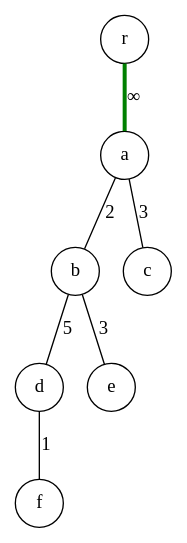
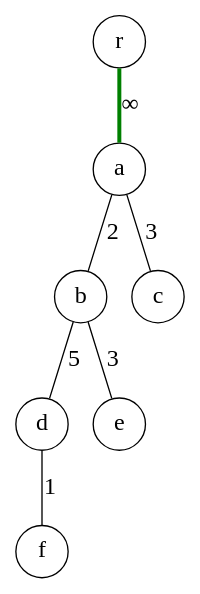
One commit to sgolodetz/waterfallpaper changed the diagram in graphs/rootmst-after.gv. Above: the diagram before and after it, drawn with Graphviz. The commit also changed 11 other files, not shown here.

Commit message:
Make non-aliased versions of Figure 8 and Figure 9.

```diff
--- a/graphs/rootmst-after.gv
+++ b/graphs/rootmst-after.gv
@@ -1,12 +1,12 @@
 digraph
 {
-	node [shape=circle];
-	edge [dir=both, arrowtail=none, arrowhead=none];
+	node [shape=circle, fontsize=18];
+	edge [dir=both, arrowtail=none, arrowhead=none, fontsize=18];
 
 	r -> a [label="&infin;", color=green, penwidth=3];
 	a -> b [label=2];
 	a -> c [label=3];
 	b -> d [label=5];
 	b -> e [label=3];
 	d -> f [label=1];
 }
```
